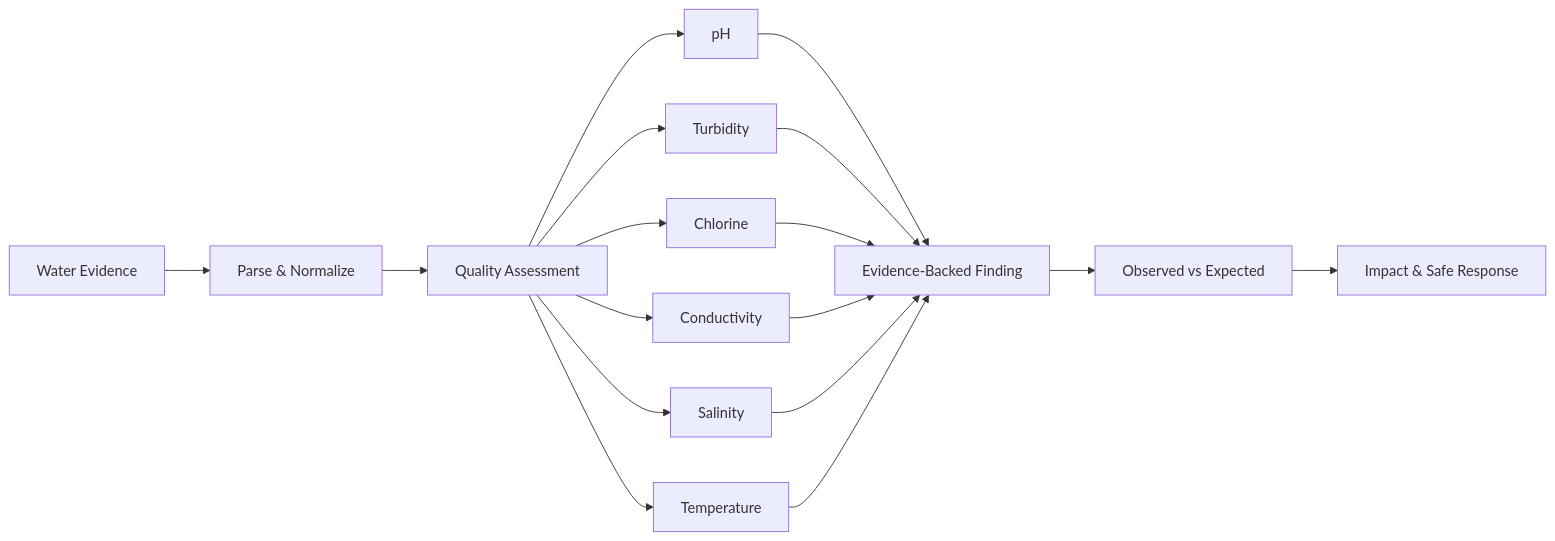
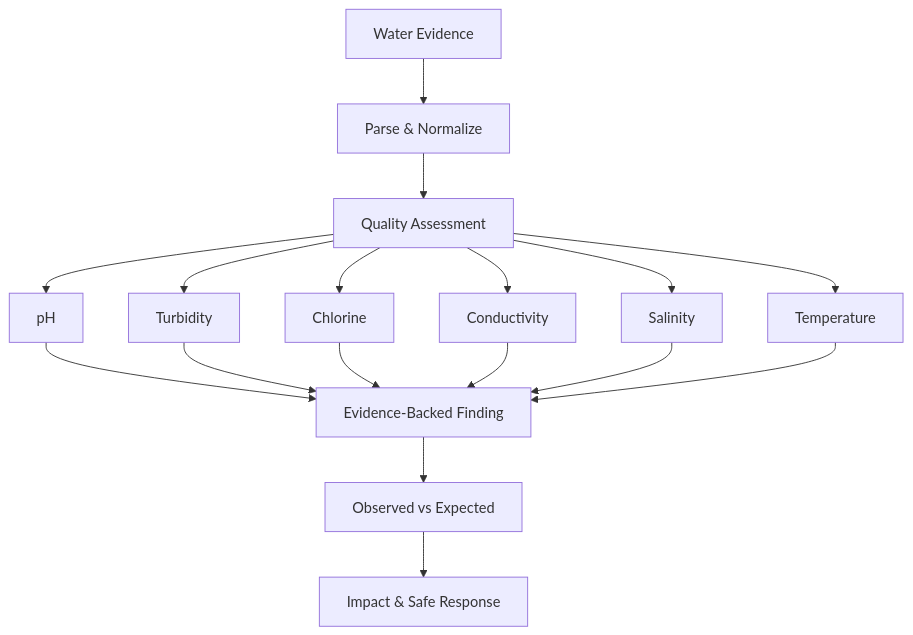
Before and after one commit to HaziqBinAfzal/AquaVigil: the third of 8 diagrams in README.md, drawn with Mermaid. The commit also changed other lines of this file, not shown here.

````diff
--- a/README.md
+++ b/README.md
@@ -272,22 +332,37 @@
 ```mermaid
-flowchart LR
-    A["Water Evidence"] --> B["Parse & Normalize"]
-    B --> C["Quality Assessment"]
+flowchart TB
+    INPUT["Water Evidence"]
+    NORMALIZE["Parse & Normalize"]
+    ASSESS["Quality Assessment"]
 
-    C --> D["pH"]
-    C --> E["Turbidity"]
-    C --> F["Chlorine"]
-    C --> G["Conductivity"]
-    C --> H["Salinity"]
-    C --> I["Temperature"]
+    PH["pH"]
+    TURB["Turbidity"]
+    CHLORINE["Chlorine"]
+    COND["Conductivity"]
+    SALINITY["Salinity"]
+    TEMP["Temperature"]
 
-    D --> J["Evidence-Backed Finding"]
-    E --> J
-    F --> J
-    G --> J
-    H --> J
-    I --> J
+    FINDING["Evidence-Backed Finding"]
+    EXPECTED["Observed vs Expected"]
+    RESPONSE["Impact & Safe Response"]
 
-    J --> K["Observed vs Expected"]
-    K --> L["Impact & Safe Response"]
+    INPUT --> NORMALIZE
+    NORMALIZE --> ASSESS
+
+    ASSESS --> PH
+    ASSESS --> TURB
+    ASSESS --> CHLORINE
+    ASSESS --> COND
+    ASSESS --> SALINITY
+    ASSESS --> TEMP
+
+    PH --> FINDING
+    TURB --> FINDING
+    CHLORINE --> FINDING
+    COND --> FINDING
+    SALINITY --> FINDING
+    TEMP --> FINDING
+
+    FINDING --> EXPECTED
+    EXPECTED --> RESPONSE
 ```
````
